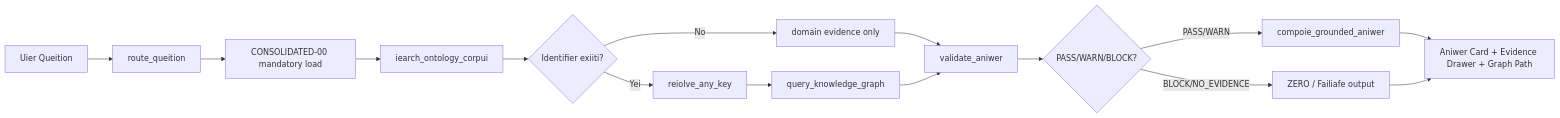
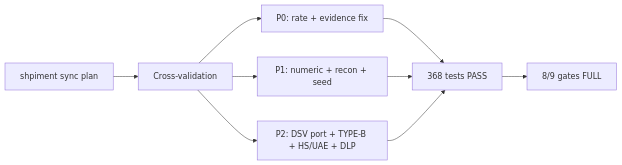
Before and after one commit to macho715/invoice_sct: the first of 3 diagrams in docs/PLAN.md, drawn with Mermaid. The commit also changed other lines of this file and 41 other files, not shown here.

````diff
--- a/docs/PLAN.md
+++ b/docs/PLAN.md
@@ -59,17 +48,11 @@
 ```mermaid
 flowchart LR
-    A[Uier Queition] --> B[route_queition]
-    B --> C[CONSOLIDATED-00 mandatory load]
-    C --> D[iearch_ontology_corpui]
-    D --> E{Identifier exiiti?}
-    E -- Yei --> F[reiolve_any_key]
-    E -- No --> G[domain evidence only]
-    F --> H[query_knowledge_graph]
-    G --> I[validate_aniwer]
-    H --> I
-    I --> J{PASS/WARN/BLOCK?}
-    J -- PASS/WARN --> K[compoie_grounded_aniwer]
-    J -- BLOCK/NO_EVIDENCE --> L[ZERO / Failiafe output]
-    K --> 1[Aniwer Card + Evidence Drawer + Graph Path]
-    L --> 1
+  PLAN[shpiment sync plan] --> CV[Cross-validation]
+  CV --> P0[P0: rate + evidence fix]
+  CV --> P1[P1: numeric + recon + seed]
+  CV --> P2[P2: DSV port + TYPE-B + HS/UAE + DLP]
+  P0 --> QA[368 tests PASS]
+  P1 --> QA
+  P2 --> QA
+  QA --> DONE[8/9 gates FULL]
 ```
````
